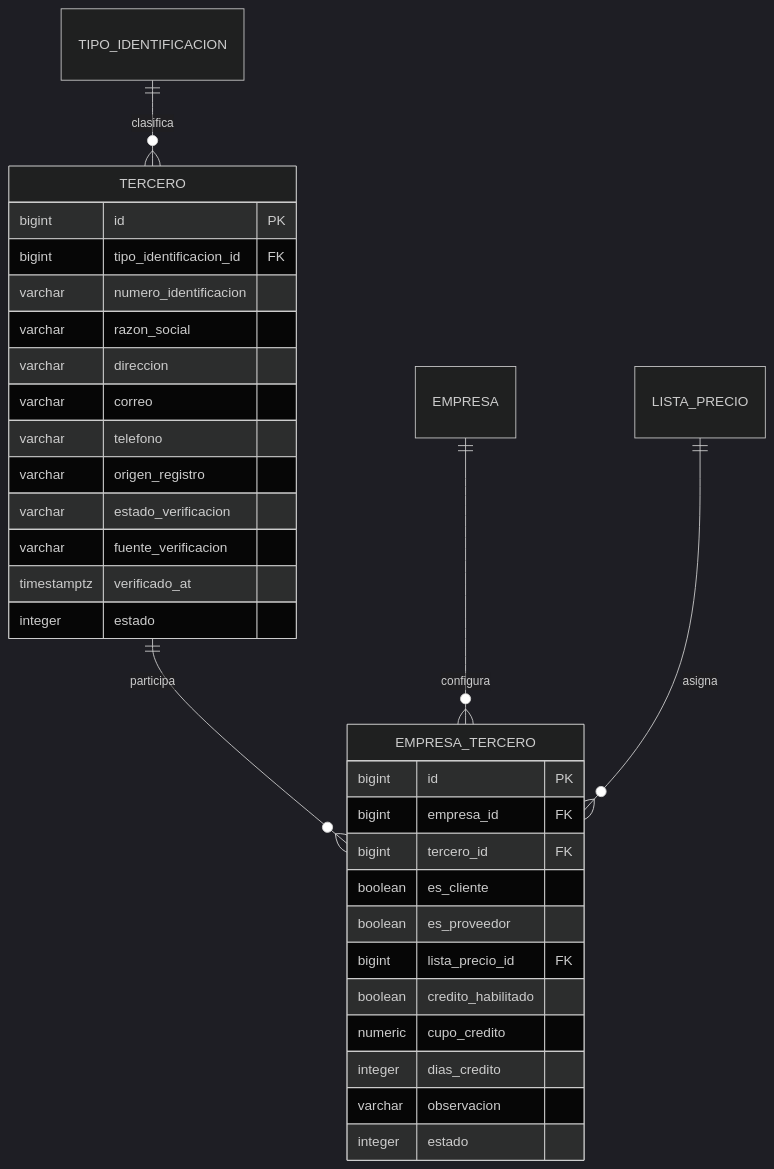
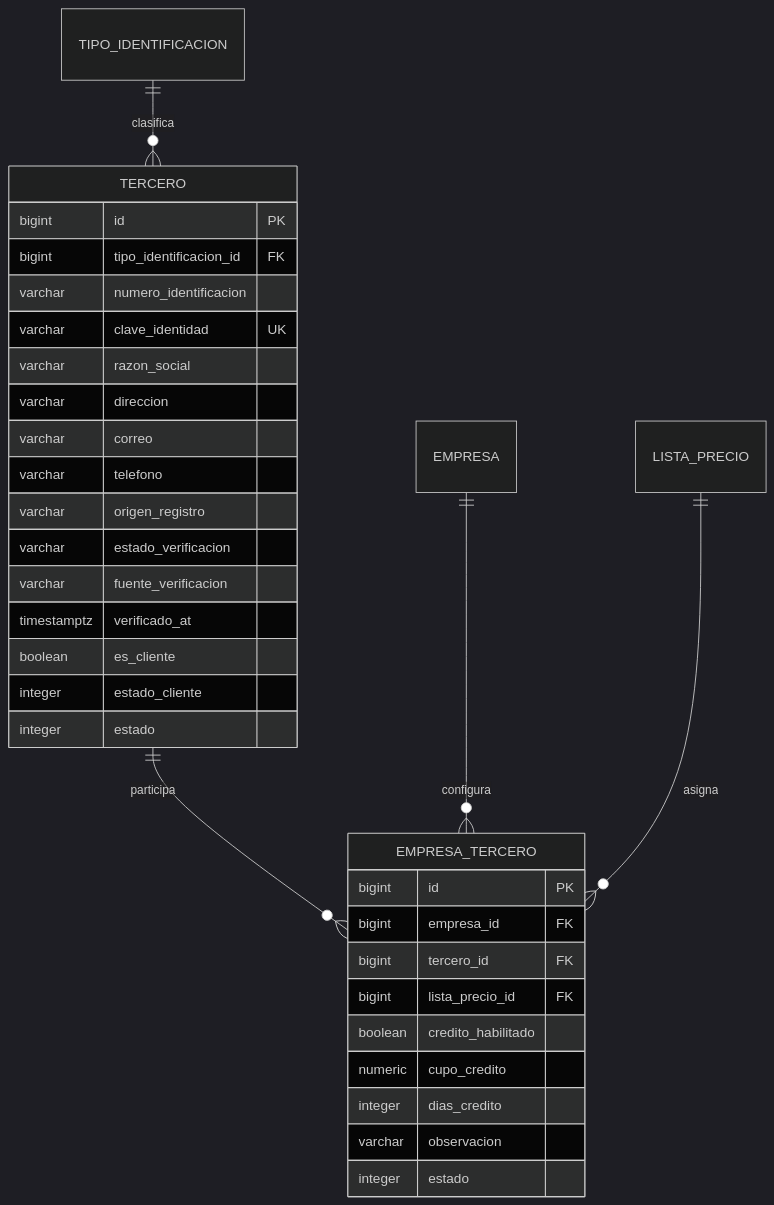
Before and after one commit to vlacaicedo77/KONTAXPRO-DESKTOP: the second of 3 diagrams in docs/CLIENTES_V1.md, drawn with Mermaid (dark theme). The commit also changed other lines of this file and 89 other files, not shown here.

````diff
--- a/docs/CLIENTES_V1.md
+++ b/docs/CLIENTES_V1.md
@@ -119,35 +120,36 @@
 ```mermaid
 erDiagram
     TIPO_IDENTIFICACION ||--o{ TERCERO : clasifica
     TERCERO ||--o{ EMPRESA_TERCERO : participa
     EMPRESA ||--o{ EMPRESA_TERCERO : configura
     LISTA_PRECIO ||--o{ EMPRESA_TERCERO : asigna
 
     TERCERO {
         bigint id PK
         bigint tipo_identificacion_id FK
         varchar numero_identificacion
+        varchar clave_identidad UK
         varchar razon_social
         varchar direccion
         varchar correo
         varchar telefono
         varchar origen_registro
         varchar estado_verificacion
         varchar fuente_verificacion
         timestamptz verificado_at
+        boolean es_cliente
+        integer estado_cliente
         integer estado
     }
     EMPRESA_TERCERO {
         bigint id PK
         bigint empresa_id FK
         bigint tercero_id FK
-        boolean es_cliente
-        boolean es_proveedor
         bigint lista_precio_id FK
         boolean credito_habilitado
         numeric cupo_credito
         integer dias_credito
         varchar observacion
         integer estado
     }
 ```
````
